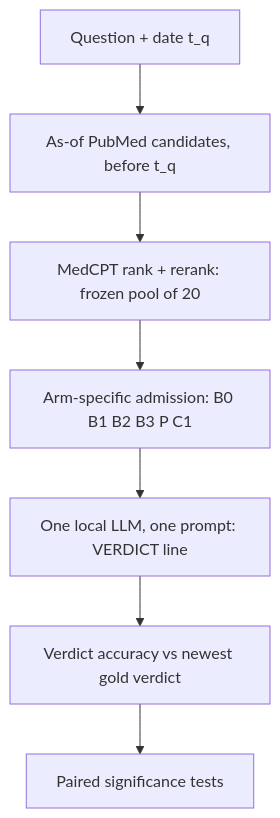
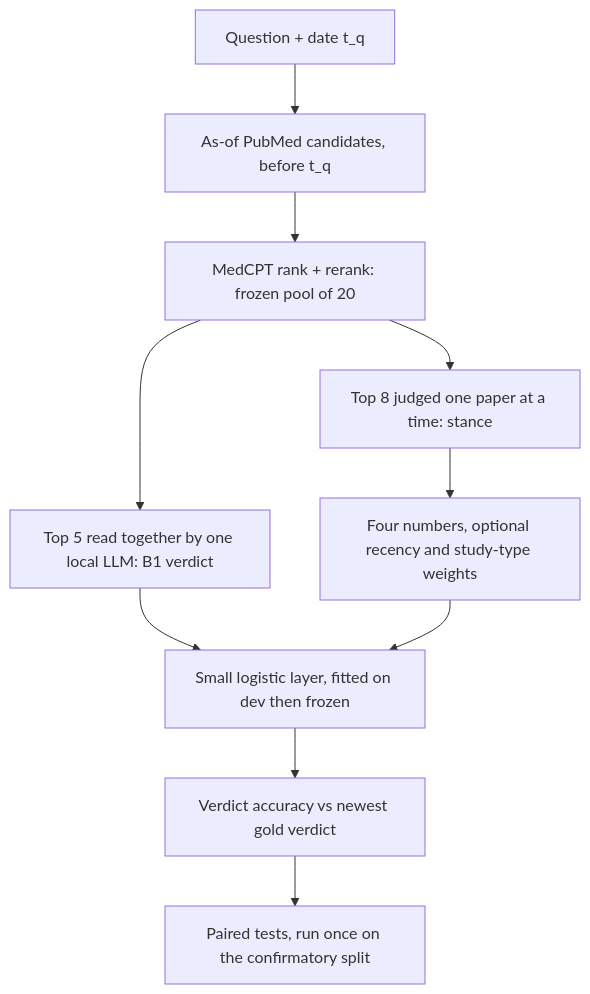
Before and after one commit to MahwishZa/thesis_research: the diagram in README.md, drawn with Mermaid. The commit also changed other lines of this file, not shown here.

````diff
--- a/README.md
+++ b/README.md
@@ -69,9 +94,12 @@
 ```mermaid
 flowchart TD
     Q[Question + date t_q] --> C[As-of PubMed candidates, before t_q]
     C --> F[MedCPT rank + rerank: frozen pool of 20]
-    F --> A[Arm-specific admission: B0 B1 B2 B3 P C1]
-    A --> G[One local LLM, one prompt: VERDICT line]
-    G --> E[Verdict accuracy vs newest gold verdict]
-    E --> S[Paired significance tests]
+    F --> R[Top 5 read together by one local LLM: B1 verdict]
+    F --> S[Top 8 judged one paper at a time: stance]
+    S --> W[Four numbers, optional recency and study-type weights]
+    R --> L[Small logistic layer, fitted on dev then frozen]
+    W --> L
+    L --> E[Verdict accuracy vs newest gold verdict]
+    E --> T[Paired tests, run once on the confirmatory split]
 ```
````
